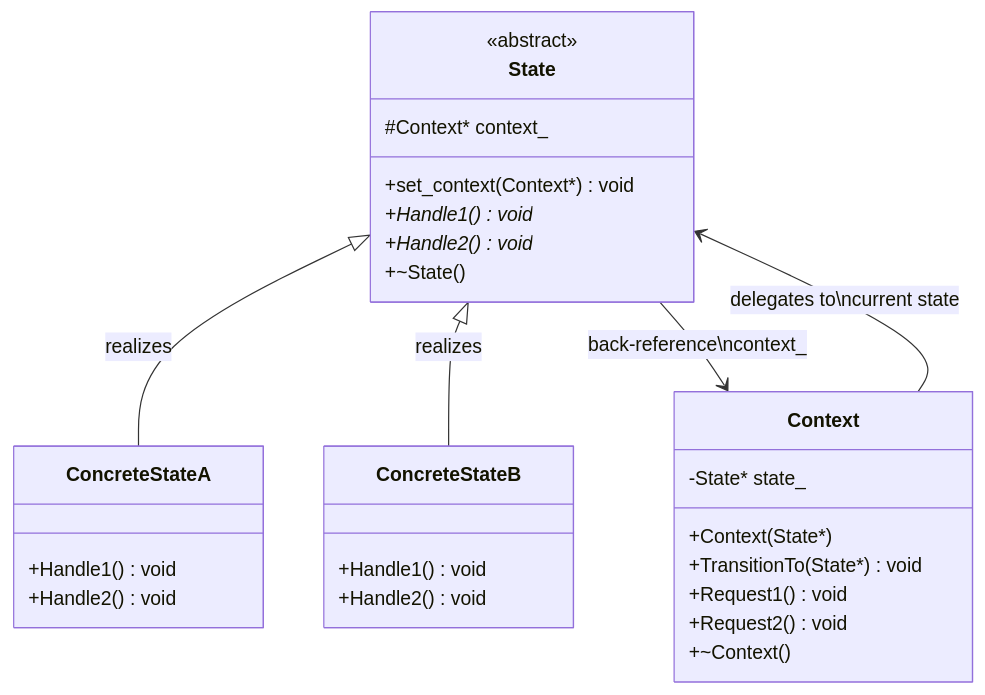
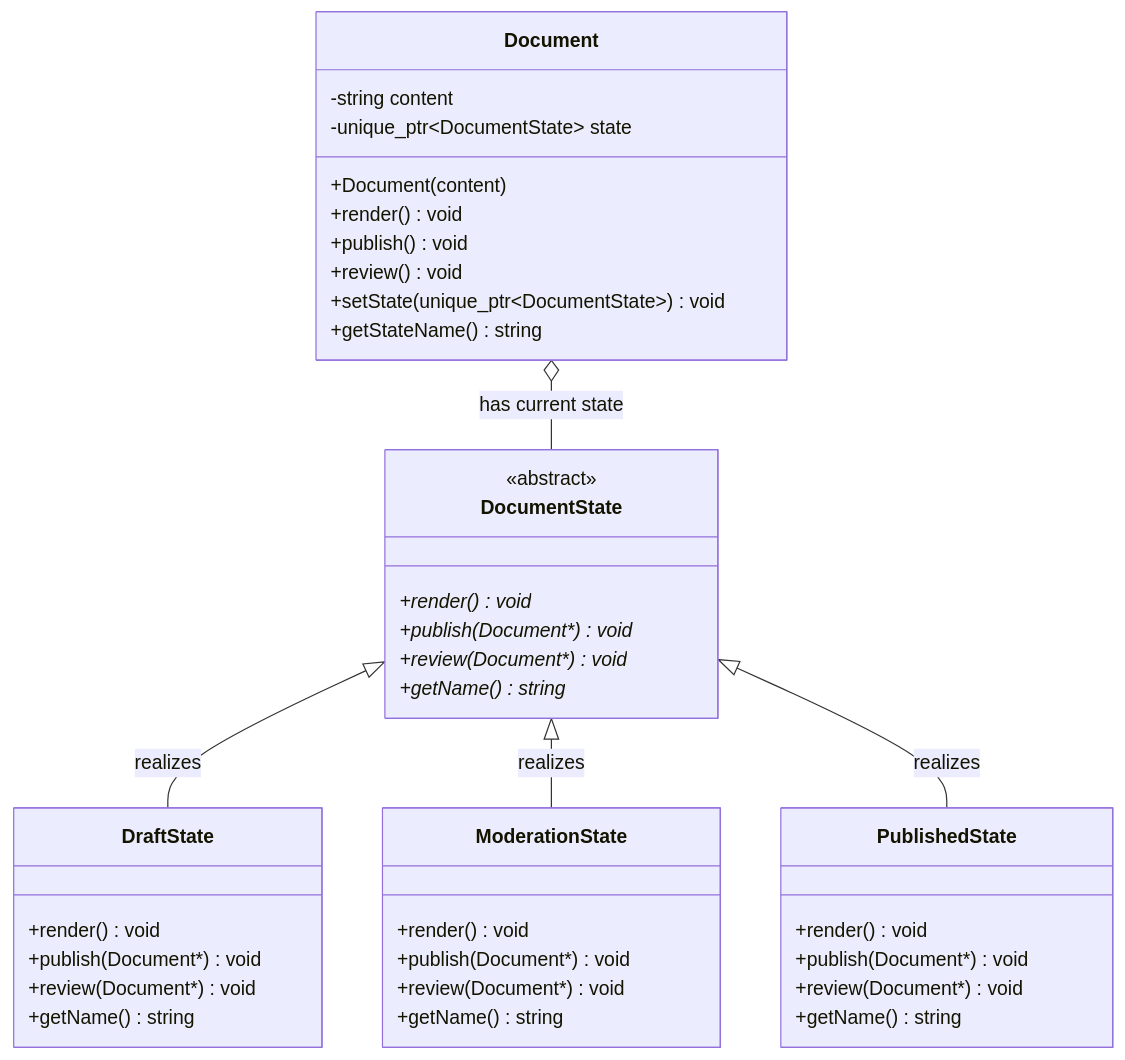
The second of 4 diagrams in 07_DesignPatterns/01_BehavioralPatterns/06_State/02_StateMachineExample/README.md (Apisteftos/QtTutorialCpp), drawn with Mermaid before and after one commit. The commit also changed other lines of this file and 349 other files, not shown here.

````diff
--- a/07_DesignPatterns/01_BehavioralPatterns/06_State/02_StateMachineExample/README.md
+++ b/07_DesignPatterns/01_BehavioralPatterns/06_State/02_StateMachineExample/README.md
@@ -38,35 +49,47 @@
 ```mermaid
 classDiagram
-    class State {
+    class DocumentState {
         <<abstract>>
-        #Context* context_
-        +set_context(Context*) void
-        +Handle1()* void
-        +Handle2()* void
-        +~State()
+        +render()* void
+        +publish(Document*)* void
+        +review(Document*)* void
+        +getName()* string
     }
 
-    class ConcreteStateA {
-        +Handle1() void
-        +Handle2() void
+    class DraftState {
+        +render() void
+        +publish(Document*) void
+        +review(Document*) void
+        +getName() string
     }
 
-    class ConcreteStateB {
-        +Handle1() void
-        +Handle2() void
+    class ModerationState {
+        +render() void
+        +publish(Document*) void
+        +review(Document*) void
+        +getName() string
     }
 
-    class Context {
-        -State* state_
-        +Context(State*)
-        +TransitionTo(State*) void
-        +Request1() void
-        +Request2() void
-        +~Context()
+    class PublishedState {
+        +render() void
+        +publish(Document*) void
+        +review(Document*) void
+        +getName() string
     }
 
-    State <|-- ConcreteStateA : realizes
-    State <|-- ConcreteStateB : realizes
-    Context --> State : delegates to\ncurrent state
-    State --> Context : back-reference\ncontext_
+    class Document {
+        -string content
+        -unique_ptr~DocumentState~ state
+        +Document(content)
+        +render() void
+        +publish() void
+        +review() void
+        +setState(unique_ptr~DocumentState~) void
+        +getStateName() string
+    }
+
+    DocumentState <|-- DraftState : realizes
+    DocumentState <|-- ModerationState : realizes
+    DocumentState <|-- PublishedState : realizes
+    Document o-- DocumentState : has current state
 ```
````
